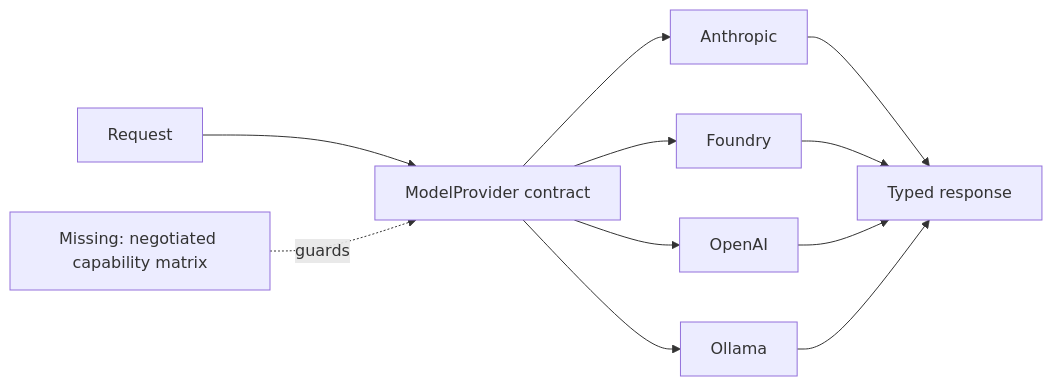
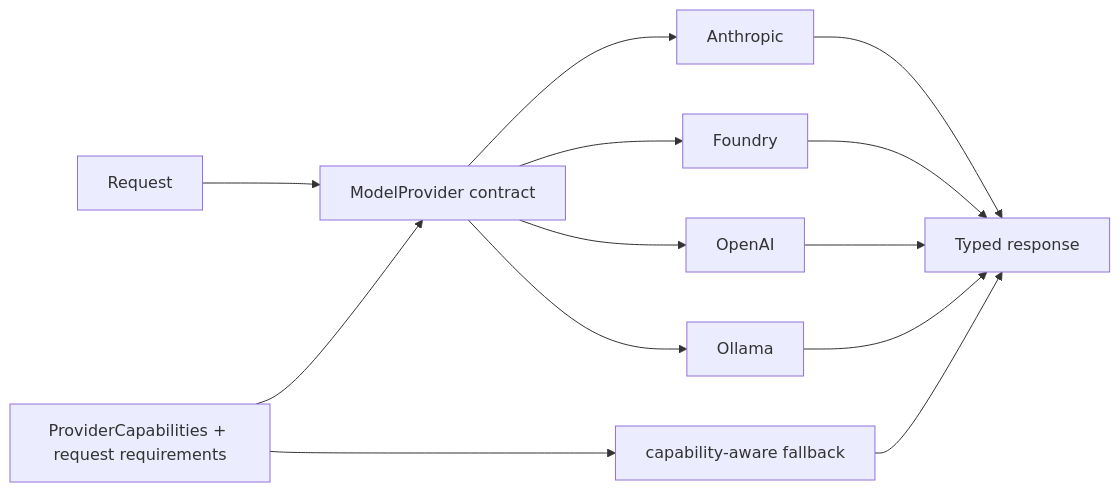
Before and after one commit to levalencia/archon: the first of 2 diagrams in docs/course/concepts/provider-adapters-capability-parity.md, drawn with Mermaid. The commit also changed other lines of this file and 3 other files, not shown here.

````diff
--- a/docs/course/concepts/provider-adapters-capability-parity.md
+++ b/docs/course/concepts/provider-adapters-capability-parity.md
@@ -19,10 +19,12 @@
 ```mermaid
 flowchart LR
     Request --> Contract[ModelProvider contract]
     Contract --> Anthropic
     Contract --> Foundry
     Contract --> OpenAI
     Contract --> Ollama
     Anthropic & Foundry & OpenAI & Ollama --> Response[Typed response]
-    Matrix[Missing: negotiated capability matrix] -. guards .-> Contract
+    Matrix[ProviderCapabilities + request requirements] --> Contract
+    Matrix --> Fallback[capability-aware fallback]
+    Fallback --> Response
 ```
````
